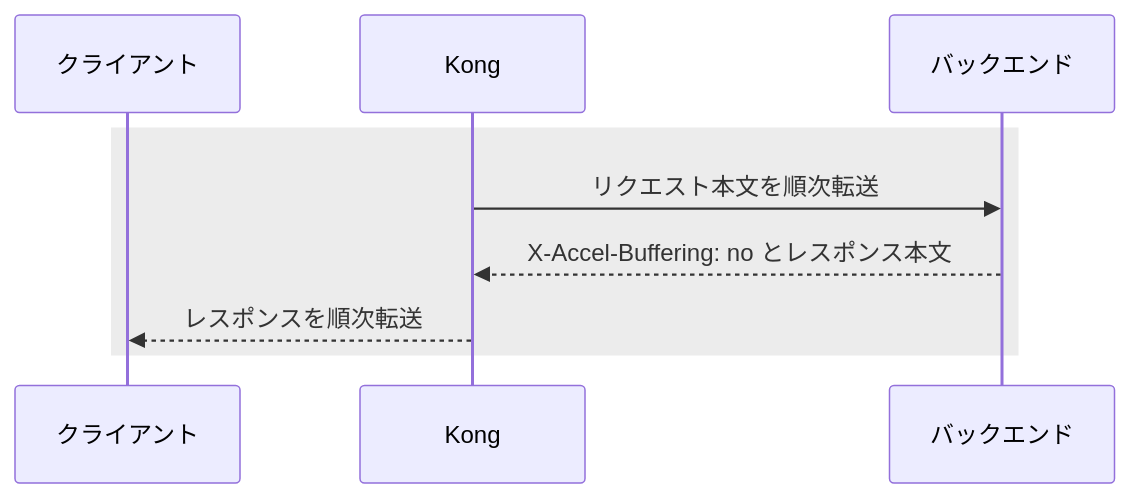
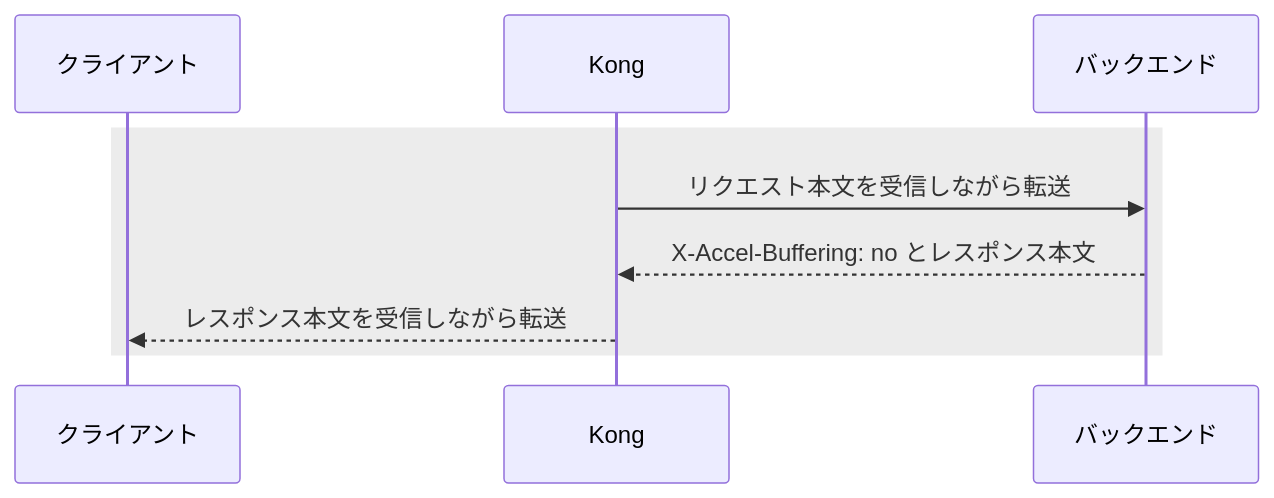
The fifth of 5 diagrams in docs/streaming.md (sasano8/infra-kubernetes), drawn with Mermaid before and after one commit. The commit also changed other lines of this file and 3 other files, not shown here.

````diff
--- a/docs/streaming.md
+++ b/docs/streaming.md
@@ -87,11 +91,11 @@
 ```mermaid
 sequenceDiagram
     participant C as クライアント
     participant K as Kong
     participant B as バックエンド
     rect rgba(128, 128, 128, 0.15)
-        K->>B: リクエスト本文を順次転送
+        K->>B: リクエスト本文を受信しながら転送
         B-->>K: X-Accel-Buffering: no とレスポンス本文
-        K-->>C: レスポンスを順次転送
+        K-->>C: レスポンス本文を受信しながら転送
     end
 ```
````
